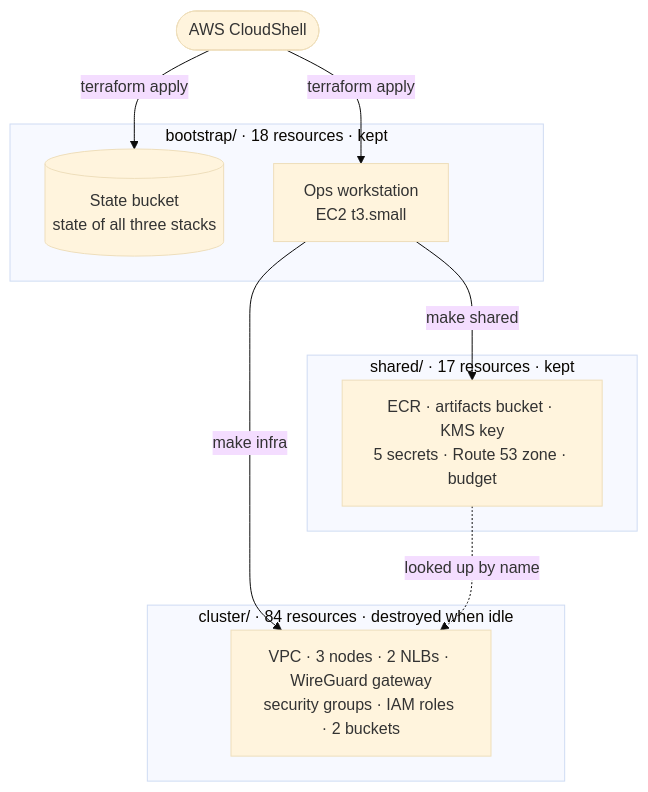
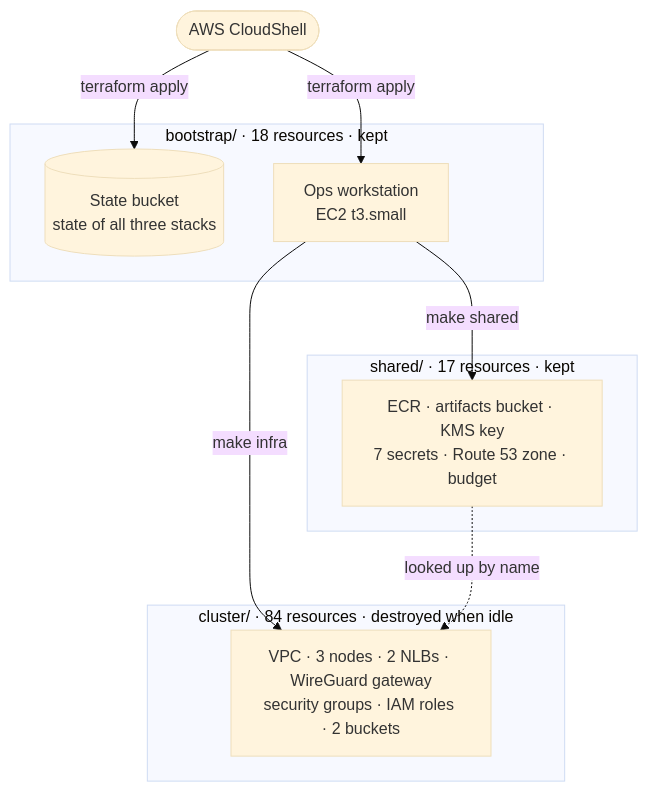
Before and after one commit to biabeogo147/Medical-RAG-Chatbot: the second of 6 diagrams in docs/terraform/README.md, drawn with Mermaid (base theme). The commit also changed other lines of this file and 4 other files, not shown here.

````diff
--- a/docs/terraform/README.md
+++ b/docs/terraform/README.md
@@ -90,19 +90,19 @@
 ```mermaid
 flowchart TB
     CS(["AWS CloudShell"])
     subgraph BOOT["bootstrap/ · 18 resources · kept"]
         SB[("State bucket<br/>state of all three stacks")]
         WS["Ops workstation<br/>EC2 t3.small"]
     end
     subgraph SHARED["shared/ · 17 resources · kept"]
-        SH["ECR · artifacts bucket · KMS key<br/>5 secrets · Route 53 zone · budget"]
+        SH["ECR · artifacts bucket · KMS key<br/>7 secrets · Route 53 zone · budget"]
     end
     subgraph CLUSTER["cluster/ · 84 resources · destroyed when idle"]
         CL["VPC · 3 nodes · 2 NLBs · WireGuard gateway<br/>security groups · IAM roles · 2 buckets"]
     end
     CS -->|"terraform apply"| SB
     CS -->|"terraform apply"| WS
     WS -->|"make shared"| SH
     WS -->|"make infra"| CL
     SH -.->|"looked up by name"| CL
 ```
````
